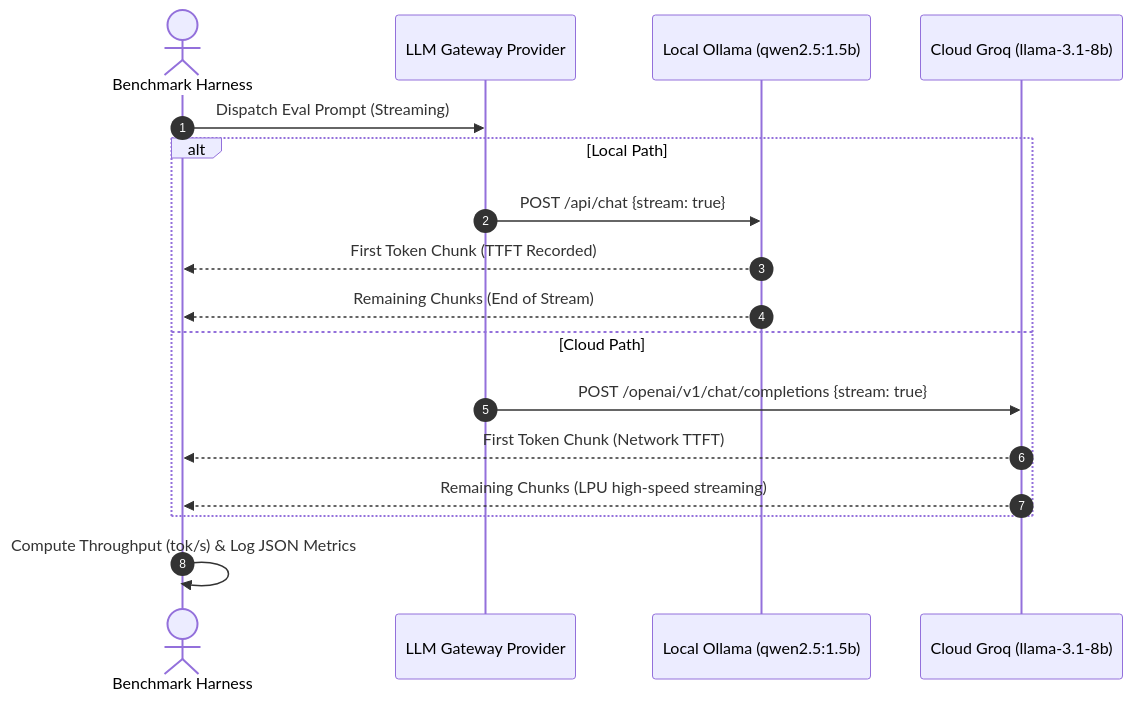
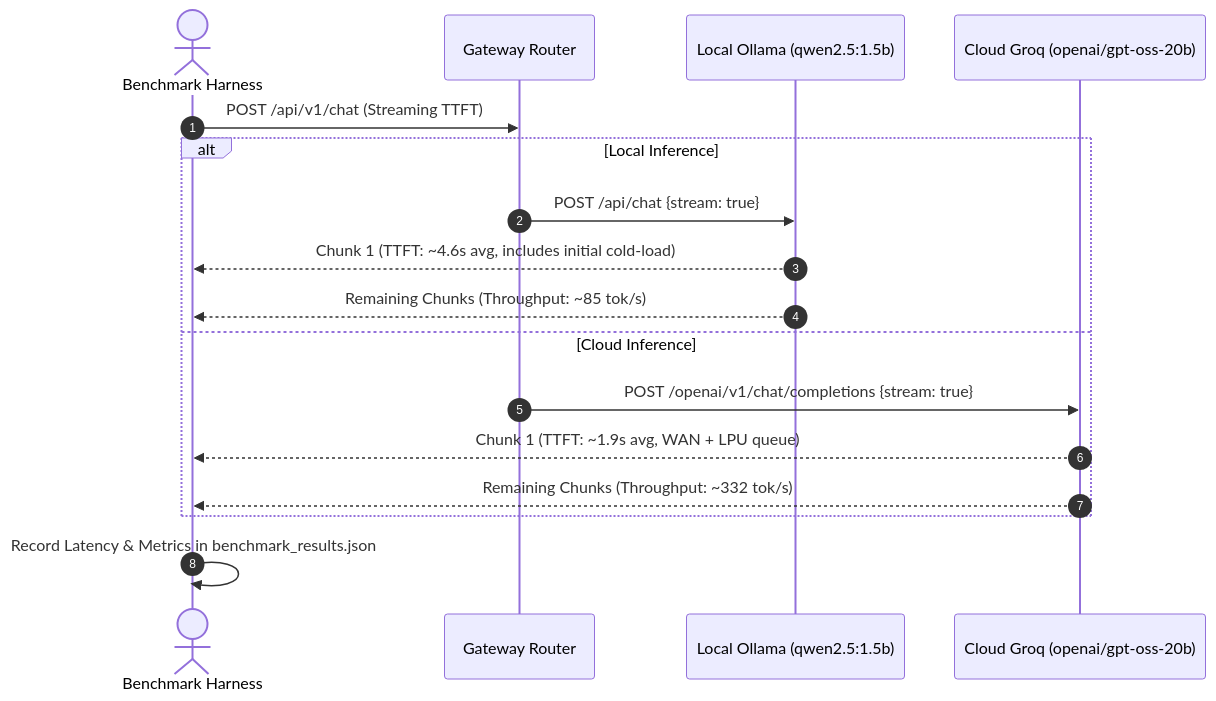
Before and after one commit to Harshal-112/internship_task: the diagram in benchmarks/benchmark_report.md, drawn with Mermaid. The commit also changed other lines of this file and 11 other files, not shown here.

Commit message:
Finalize real benchmark results, update docs, fix deprecated model refs

````diff
--- a/benchmarks/benchmark_report.md
+++ b/benchmarks/benchmark_report.md
@@ -26,20 +25,20 @@
 ```mermaid
 sequenceDiagram
     autonumber
-    actor Client as Benchmark Harness
-    participant GW as LLM Gateway Provider
+    actor Harness as Benchmark Harness
+    participant Router as Gateway Router
     participant Ollama as Local Ollama (qwen2.5:1.5b)
-    participant Groq as Cloud Groq (llama-3.1-8b)
+    participant Groq as Cloud Groq (openai/gpt-oss-20b)
 
-    Client->>GW: Dispatch Eval Prompt (Streaming)
-    alt Local Path
-        GW->>Ollama: POST /api/chat {stream: true}
-        Ollama-->>Client: First Token Chunk (TTFT Recorded)
-        Ollama-->>Client: Remaining Chunks (End of Stream)
-    else Cloud Path
-        GW->>Groq: POST /openai/v1/chat/completions {stream: true}
-        Groq-->>Client: First Token Chunk (Network TTFT)
-        Groq-->>Client: Remaining Chunks (LPU high-speed streaming)
+    Harness->>Router: POST /api/v1/chat (Streaming TTFT)
+    alt Local Inference
+        Router->>Ollama: POST /api/chat {stream: true}
+        Ollama-->>Harness: Chunk 1 (TTFT: ~4.6s avg, includes initial cold-load)
+        Ollama-->>Harness: Remaining Chunks (Throughput: ~85 tok/s)
+    else Cloud Inference
+        Router->>Groq: POST /openai/v1/chat/completions {stream: true}
+        Groq-->>Harness: Chunk 1 (TTFT: ~1.9s avg, WAN + LPU queue)
+        Groq-->>Harness: Remaining Chunks (Throughput: ~332 tok/s)
     end
-    Client->>Client: Compute Throughput (tok/s) & Log JSON Metrics
+    Harness->>Harness: Record Latency & Metrics in benchmark_results.json
 ```
````
